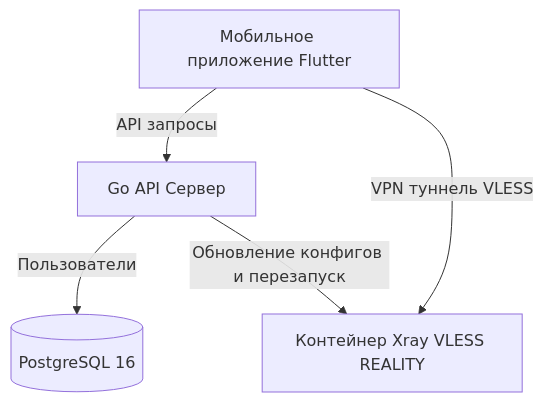
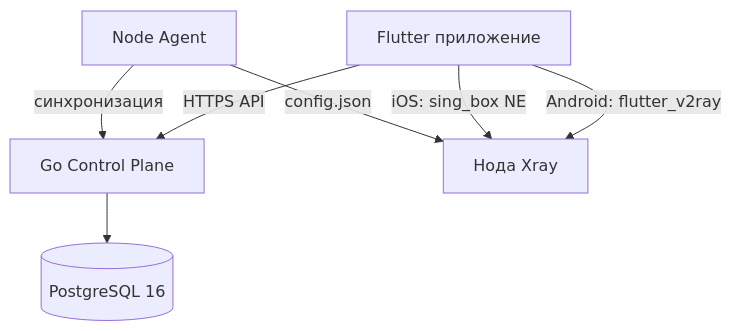
The second of 2 diagrams in README.md (abdukarimov-tech/vpn_service), drawn with Mermaid before and after one commit. The commit also changed other lines of this file, not shown here.

````diff
--- a/README.md
+++ b/README.md
@@ -126,7 +208,9 @@
 ```mermaid
 graph TD
-    Client[Мобильное приложение Flutter] -->|API запросы| Backend[Go API Сервер]
-    Client -->|VPN туннель VLESS| Xray[Контейнер Xray VLESS REALITY]
-    Backend -->|Пользователи| DB[(PostgreSQL 16)]
-    Backend -->|Обновление конфигов и перезапуск| Xray
+    Client[Flutter приложение] -->|HTTPS API| Backend[Go Control Plane]
+    Client -->|Android: flutter_v2ray| Xray[Нода Xray]
+    Client -->|iOS: sing_box NE| Xray
+    Backend --> DB[(PostgreSQL 16)]
+    Agent[Node Agent] -->|синхронизация| Backend
+    Agent -->|config.json| Xray
 ```
````
